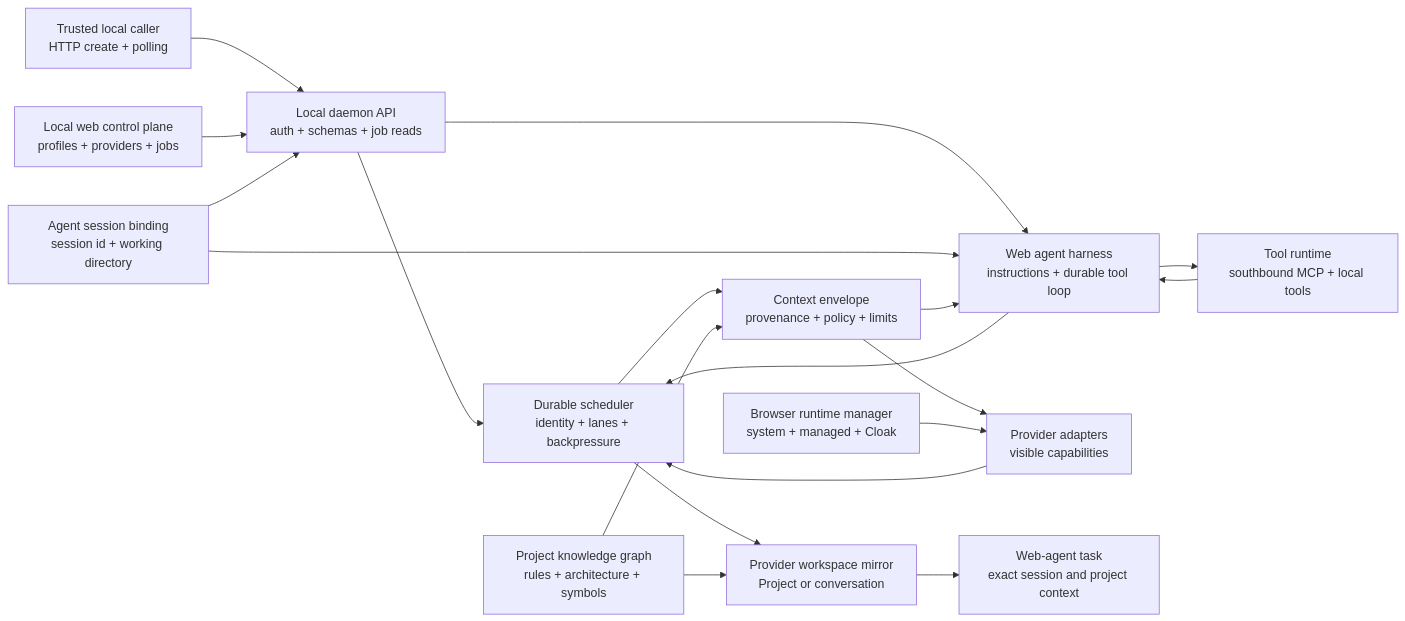
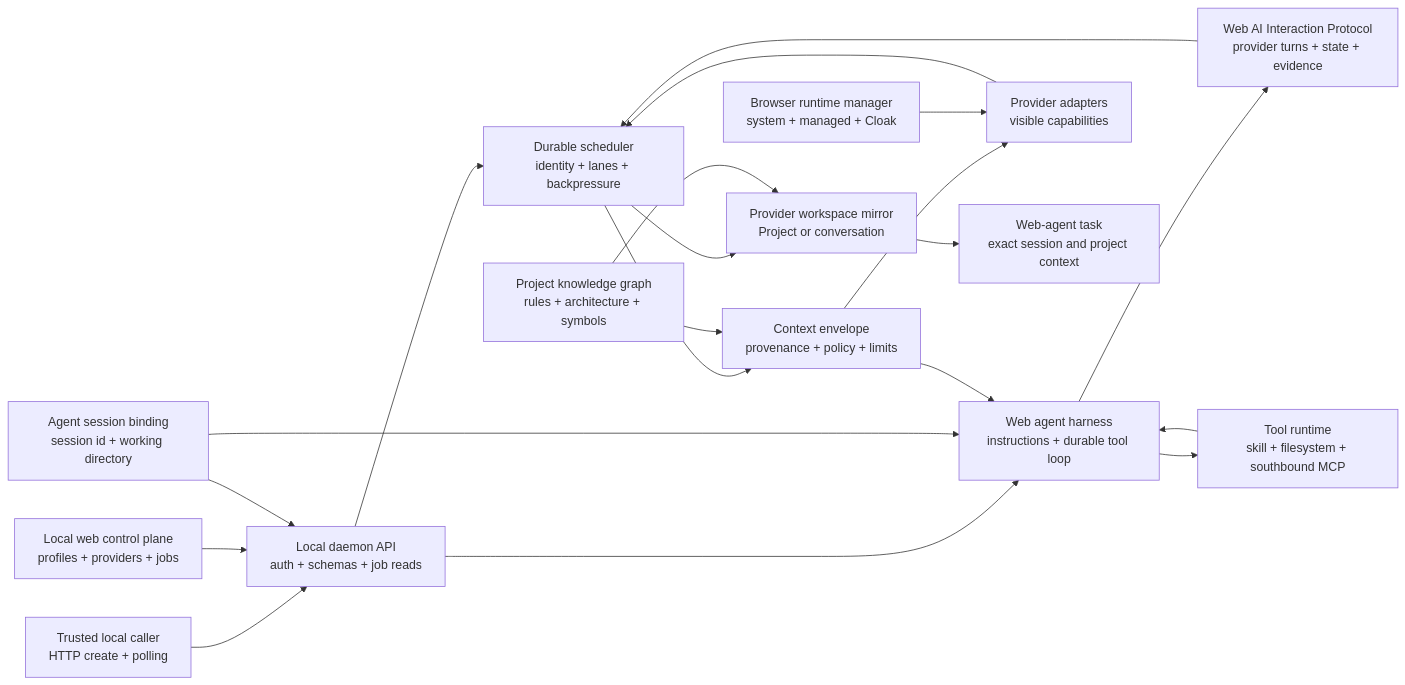
Before and after one commit to jazelly/tokenless: the diagram in docs/roadmaps/README.md, drawn with Mermaid. The commit also changed other lines of this file and 5 other files, not shown here.

Commit message:
docs: update browser runtime and web harness roadmaps

````diff
--- a/docs/roadmaps/README.md
+++ b/docs/roadmaps/README.md
@@ -61,35 +62,37 @@
 ```mermaid
 flowchart LR
   Caller["Trusted local caller<br/>HTTP create + polling"]
   UI["Local web control plane<br/>profiles + providers + jobs"]
   API["Local daemon API<br/>auth + schemas + job reads"]
   Session["Agent session binding<br/>session id + working directory"]
   Scheduler["Durable scheduler<br/>identity + lanes + backpressure"]
   Context["Context envelope<br/>provenance + policy + limits"]
   Harness["Web agent harness<br/>instructions + durable tool loop"]
-  Tools["Tool runtime<br/>southbound MCP + local tools"]
+  Protocol["Web AI Interaction Protocol<br/>provider turns + state + evidence"]
+  Tools["Tool runtime<br/>skill + filesystem + southbound MCP"]
   Graph["Project knowledge graph<br/>rules + architecture + symbols"]
   Browser["Browser runtime manager<br/>system + managed + Cloak"]
   Provider["Provider adapters<br/>visible capabilities"]
   Workspace["Provider workspace mirror<br/>Project or conversation"]
   Task["Web-agent task<br/>exact session and project context"]
 
   Caller --> API
   UI --> API
   Session --> API
   API --> Scheduler
   Scheduler --> Context
   Graph --> Context
   API --> Harness
   Session --> Harness
   Context --> Harness
-  Harness --> Scheduler
+  Harness --> Protocol
+  Protocol --> Scheduler
   Harness --> Tools
   Tools --> Harness
   Context --> Provider
   Browser --> Provider
   Provider --> Scheduler
   Scheduler --> Workspace
   Graph --> Workspace
   Workspace --> Task
 ```
````
